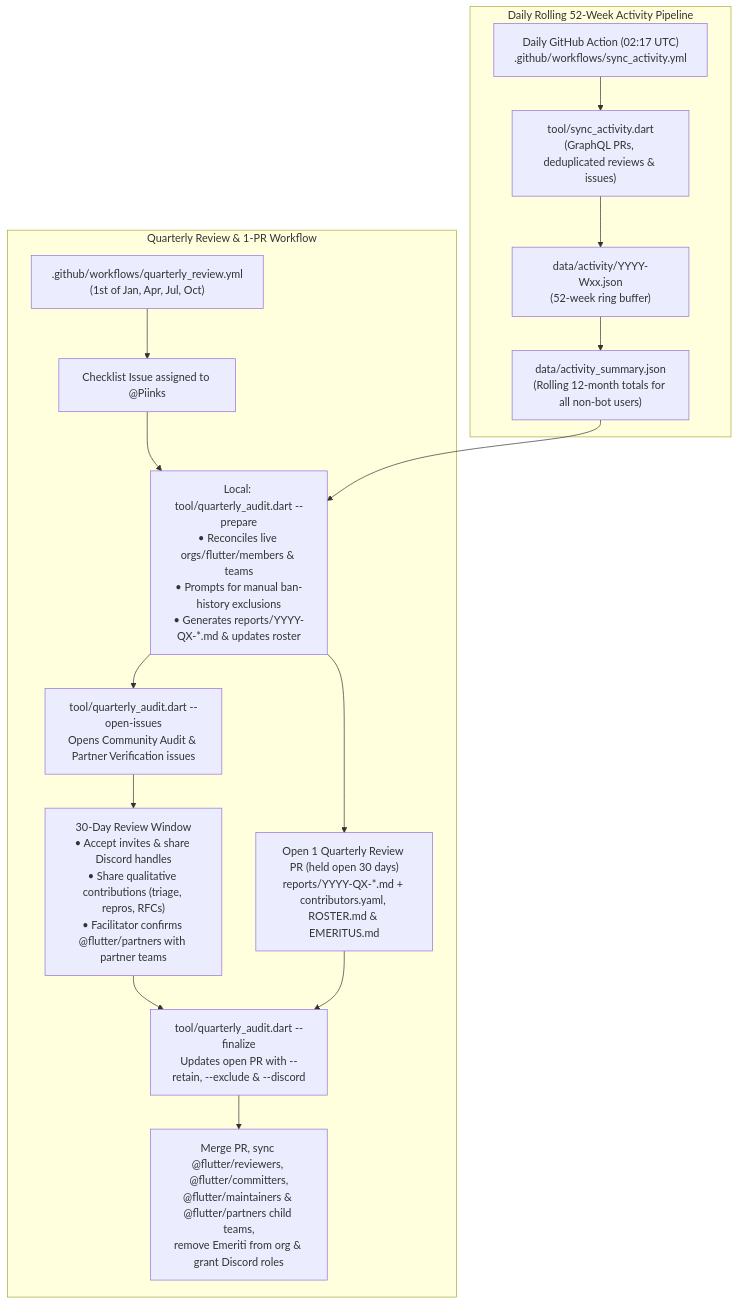
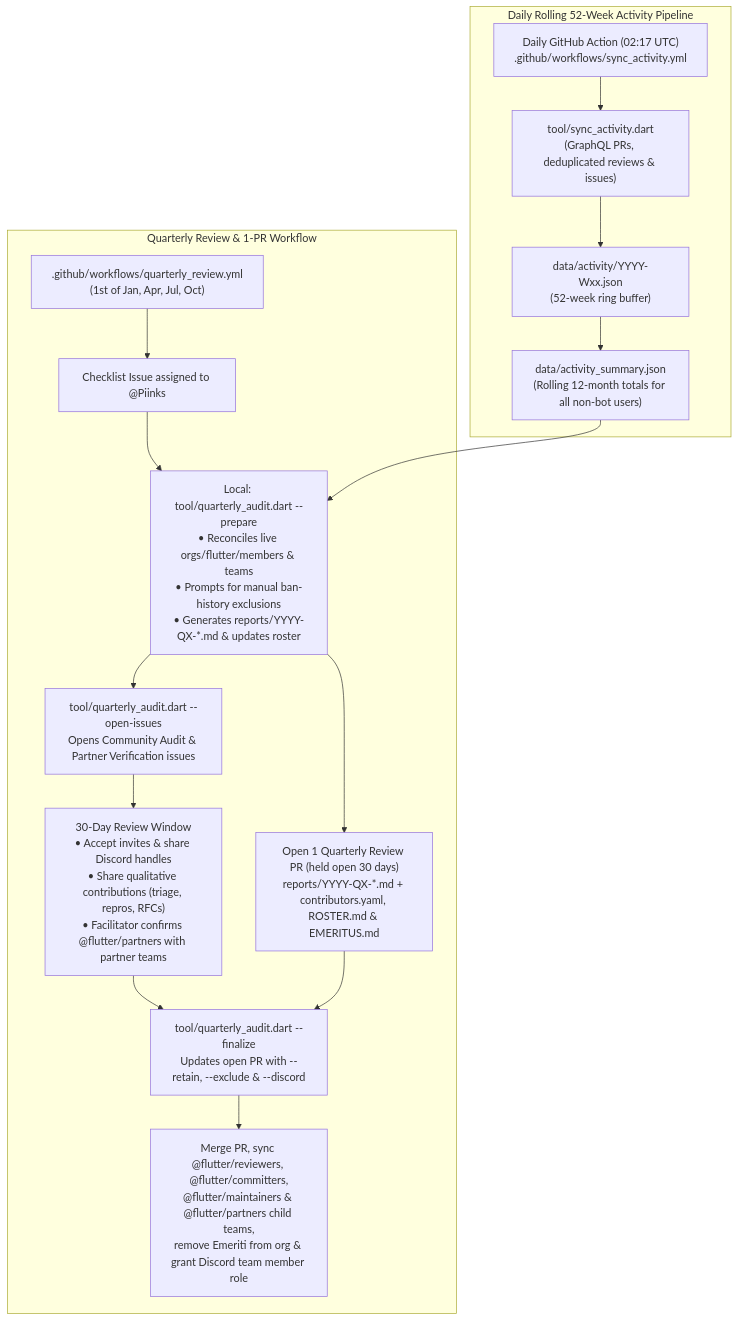
Before and after one commit to flutter/rfc: the third of 3 diagrams in rfc/740.0000-flutter-contributor-ladder.md, drawn with Mermaid. The commit also changed other lines of this file, not shown here.

````diff
--- a/rfc/740.0000-flutter-contributor-ladder.md
+++ b/rfc/740.0000-flutter-contributor-ladder.md
@@ -192,20 +192,20 @@
 ```mermaid
 graph TD
     subgraph Daily Rolling 52-Week Activity Pipeline
         DailyCron["Daily GitHub Action (02:17 UTC)<br/>.github/workflows/sync_activity.yml"] --> SyncTool["tool/sync_activity.dart<br/>(GraphQL PRs, deduplicated reviews & issues)"]
         SyncTool --> WeeklyFiles["data/activity/YYYY-Wxx.json<br/>(52-week ring buffer)"]
         WeeklyFiles --> Summary["data/activity_summary.json<br/>(Rolling 12-month totals for all non-bot users)"]
     end
 
     subgraph Quarterly Review & 1-PR Workflow
         QCron[".github/workflows/quarterly_review.yml<br/>(1st of Jan, Apr, Jul, Oct)"] --> Checklist["Checklist Issue assigned to @Piinks"]
         Checklist --> Prepare["Local: tool/quarterly_audit.dart --prepare<br/>• Reconciles live orgs/flutter/members & teams<br/>• Prompts for manual ban-history exclusions<br/>• Generates reports/YYYY-QX-*.md & updates roster"]
         Summary --> Prepare
         Prepare --> SinglePR["Open 1 Quarterly Review PR (held open 30 days)<br/>reports/YYYY-QX-*.md + contributors.yaml, ROSTER.md & EMERITUS.md"]
         Prepare --> OpenIssues["tool/quarterly_audit.dart --open-issues<br/>Opens Community Audit & Partner Verification issues"]
         OpenIssues --> GraceWindow["30-Day Review Window<br/>• Accept invites & share Discord handles<br/>• Share qualitative contributions (triage, repros, RFCs)<br/>• Facilitator confirms @flutter/partners with partner teams"]
         GraceWindow --> Finalize["tool/quarterly_audit.dart --finalize<br/>Updates open PR with --retain, --exclude & --discord"]
         SinglePR --> Finalize
-        Finalize --> Provision["Merge PR, sync @flutter/reviewers, @flutter/committers,<br/>@flutter/maintainers & @flutter/partners child teams,<br/>remove Emeriti from org & grant Discord roles"]
+        Finalize --> Provision["Merge PR, sync @flutter/reviewers, @flutter/committers,<br/>@flutter/maintainers & @flutter/partners child teams,<br/>remove Emeriti from org & grant Discord team member role"]
     end
 ```
````
